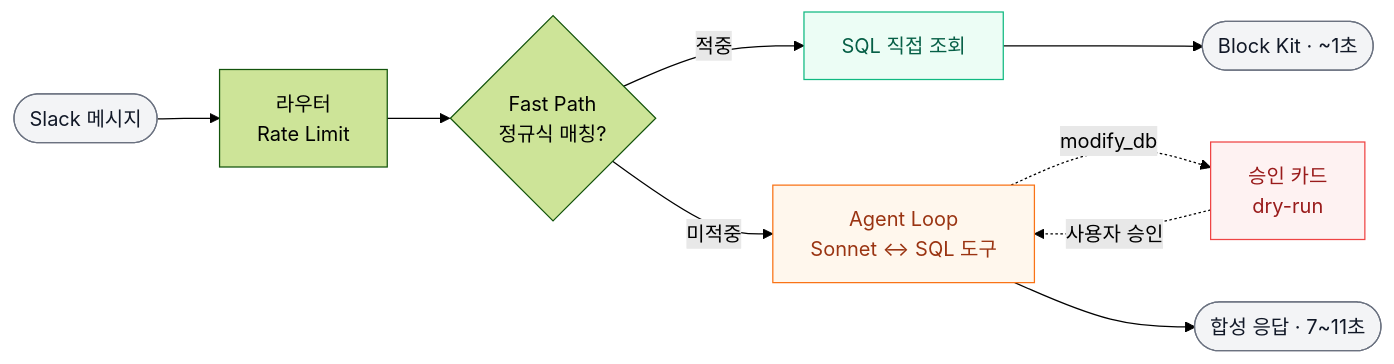
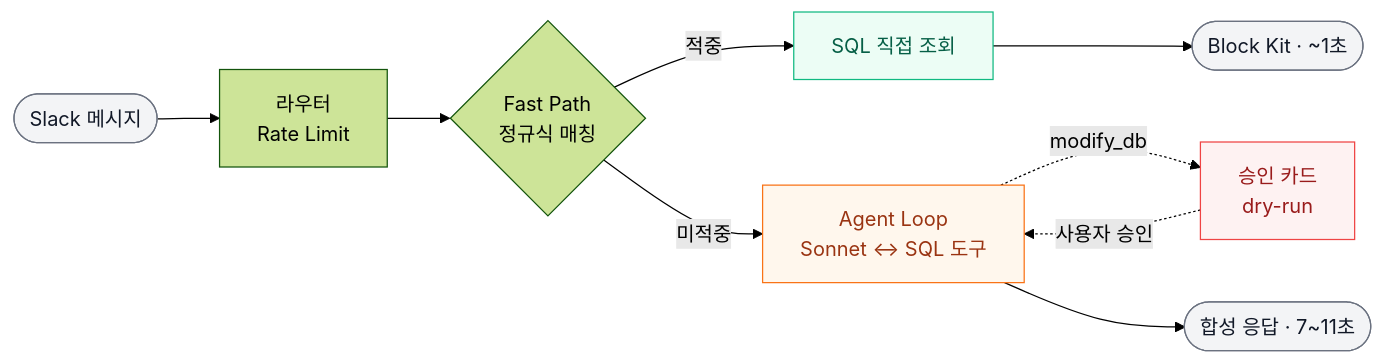
The diagram in README.md (hyewon3938/slack-ai-agents), drawn with Mermaid (forest theme) before and after one commit.

Commit message:
docs(readme): Agent Loop 다이어그램 분기점 물음표 제거
분기 의미는 화살표의 적중/미적중 라벨로 충분히 전달됨.

````diff
--- a/README.md
+++ b/README.md
@@ -49,20 +49,20 @@
 ```mermaid
 graph LR
     U([Slack 메시지]) --> R[라우터<br/>Rate Limit]
-    R --> F{Fast Path<br/>정규식 매칭?}
+    R --> F{Fast Path<br/>정규식 매칭}
     F -->|적중| FP[SQL 직접 조회]
     F -->|미적중| AL[Agent Loop<br/>Sonnet ↔ SQL 도구]
     AL -. modify_db .-> A[승인 카드<br/>dry-run]
     A -. 사용자 승인 .-> AL
     FP --> O1([Block Kit · ~1초])
     AL --> O2([합성 응답 · 7~11초])
 
     classDef io fill:#f3f4f6,stroke:#6b7280,color:#111827
     classDef fast fill:#ecfdf5,stroke:#10b981,color:#065f46
     classDef loop fill:#fff7ed,stroke:#f97316,color:#9a3412
     classDef guard fill:#fef2f2,stroke:#ef4444,color:#991b1b
     class U,O1,O2 io
     class FP fast
     class AL loop
     class A guard
 ```
````
